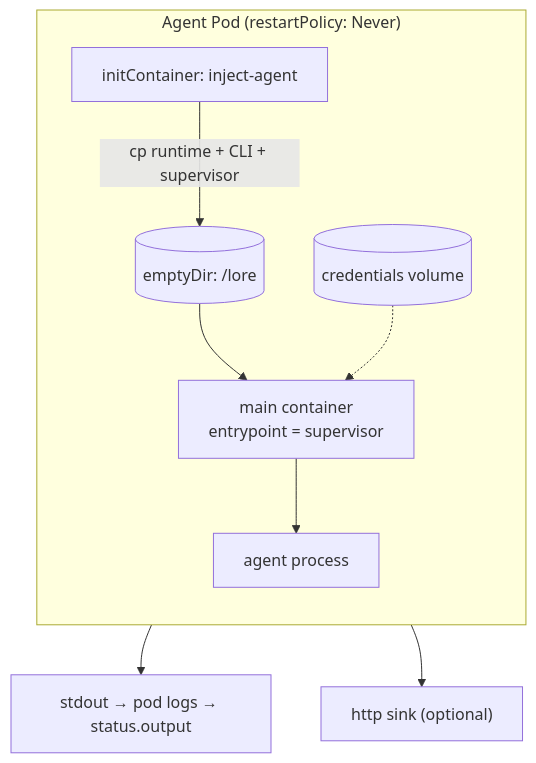
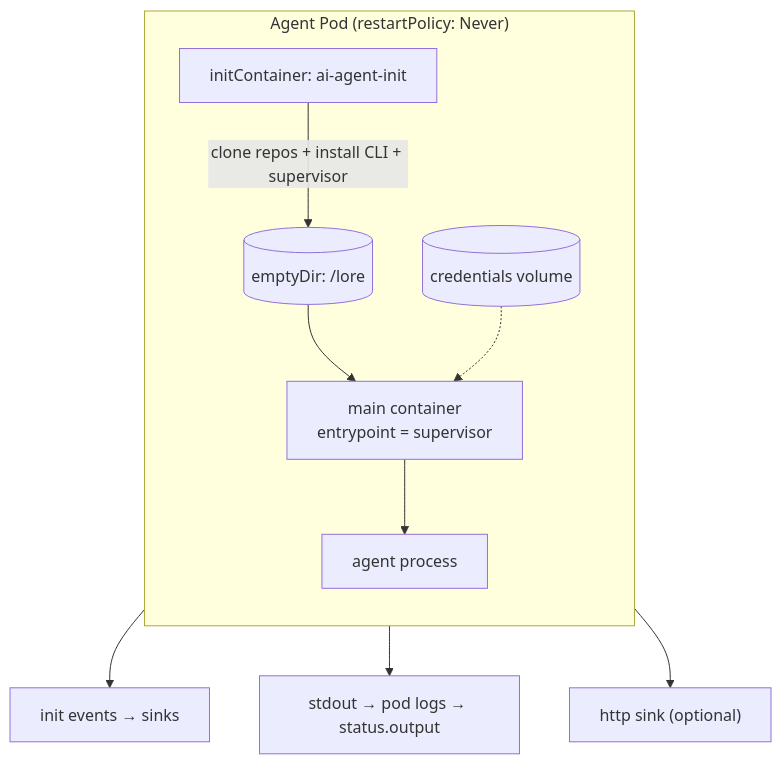
One commit to re-cinq/ai-agent-subsystem changed the diagram in website/src/content/docs/concepts/agent-runtime.md. Above: the diagram before and after it, drawn with Mermaid. The commit also changed other lines of this file and 23 other files, not shown here.

````diff
--- a/website/src/content/docs/concepts/agent-runtime.md
+++ b/website/src/content/docs/concepts/agent-runtime.md
@@ -12,12 +12,13 @@
 ```mermaid
 flowchart TB
     subgraph POD["Agent Pod (restartPolicy: Never)"]
         direction TB
-        INIT["initContainer: inject-agent"] -->|"cp runtime + CLI + supervisor"| VOL[("emptyDir: /lore")]
+        INIT["initContainer: ai-agent-init"] -->|"clone repos + install CLI + supervisor"| VOL[("emptyDir: /lore")]
         VOL --> MAIN["main container<br/>entrypoint = supervisor"]
         MAIN --> PROC["agent process"]
         CREDS[("credentials volume")] -.-> MAIN
     end
+    INIT --> NOTIFY["init events → sinks"]
     PROC --> STDOUT["stdout → pod logs → status.output"]
     PROC --> HTTP["http sink (optional)"]
 ```
````
